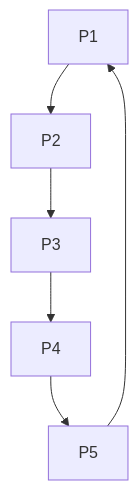
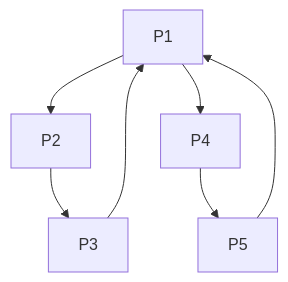
One commit to EmptyBlueBox/Operating_Systems-2025Spring-PKU changed the seventh of 14 diagrams in Resource/思考题.md. Above: the diagram before and after it, drawn with Mermaid. The commit also changed other lines of this file and 22 other files, not shown here.

````diff
--- a/Resource/思考题.md
+++ b/Resource/思考题.md
@@ -888,4 +786,5 @@
-    ```mermaid
-    graph TD
-        P1 --> P2 --> P3 --> P4 --> P5 --> P1;
-    ```
+```mermaid
+graph TD
+    P1 --> P2 --> P3 --> P1
+    P1 --> P4 --> P5 --> P1
+```
````
